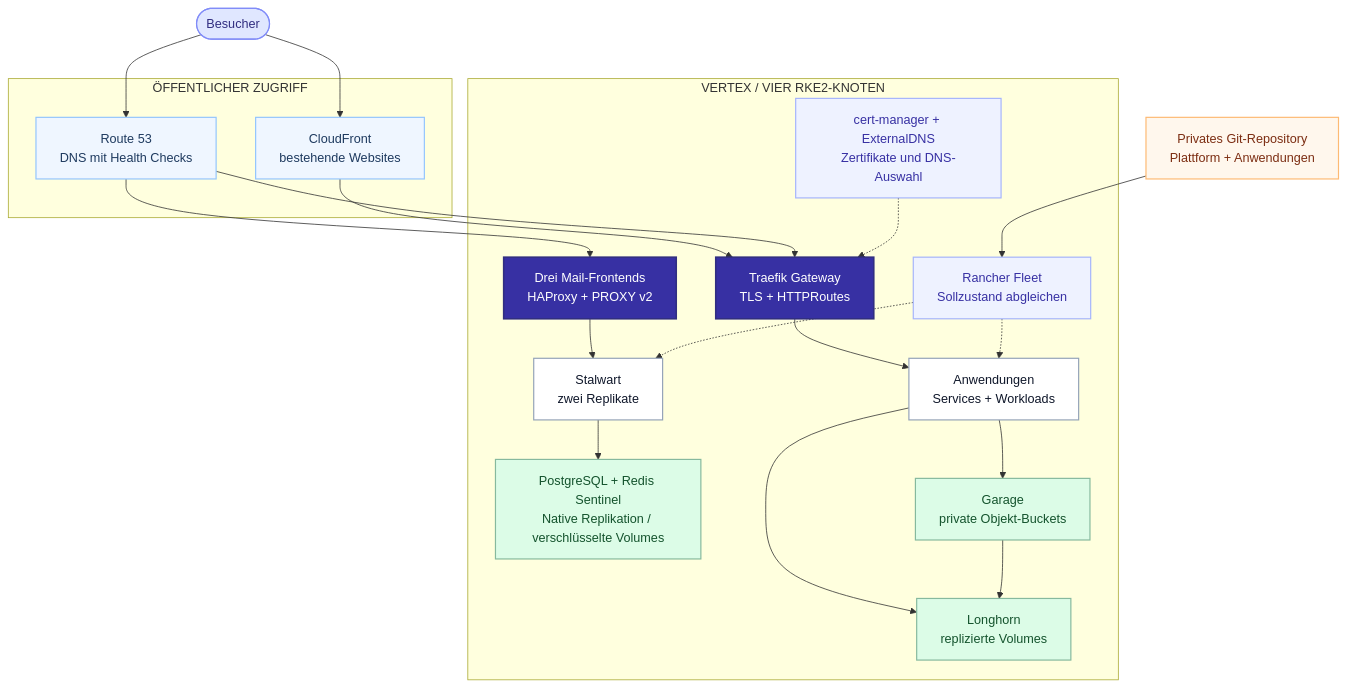
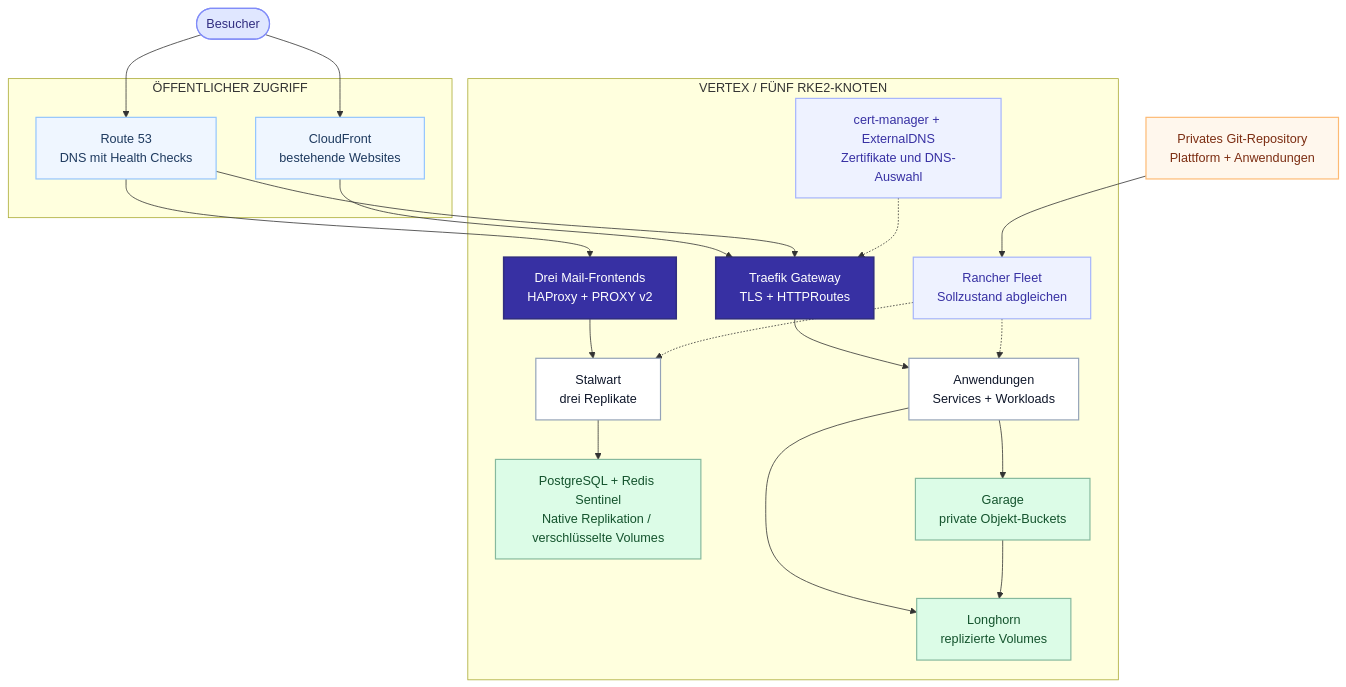
One commit to Paul1404/astro-portfolio changed the diagram in docs/diagrams/vertex/de-architecture.mmd. Above: the diagram before and after it, drawn with Mermaid. The commit also changed 52 other files, not shown here.

Commit message:
Explain the Stalwart mail cluster architecture and preserve legacy URLs

```diff
--- a/docs/diagrams/vertex/de-architecture.mmd
+++ b/docs/diagrams/vertex/de-architecture.mmd
@@ -1,36 +1,36 @@
 flowchart TB
   accTitle: Datenverkehr und Plattformarchitektur von Vertex
-  accDescr: Besucher erreichen das Traefik-Gateway direkt über Route 53 oder bei bestehenden Websites über CloudFront. HTTPRoutes leiten zu isolierten Anwendungsdiensten. Rancher Fleet gleicht den Sollzustand ab; cert-manager und ExternalDNS verwalten ausgewählte Zertifikate und DNS-Einträge. Longhorn stellt replizierten Speicher bereit, Garage S3-kompatible Buckets. Mail nutzt drei HAProxy-Frontends, zwei Stalwart-Replikate und nativ replizierte PostgreSQL- und Redis-Speicher.
+  accDescr: Besucher erreichen das Traefik-Gateway direkt über Route 53 oder bei bestehenden Websites über CloudFront. HTTPRoutes leiten zu isolierten Anwendungsdiensten. Rancher Fleet gleicht den Sollzustand ab; cert-manager und ExternalDNS verwalten ausgewählte Zertifikate und DNS-Einträge. Longhorn stellt replizierten Speicher bereit, Garage S3-kompatible Buckets. Mail nutzt drei HAProxy-Frontends, drei Stalwart-Replikate und nativ replizierte PostgreSQL- und Redis-Speicher.
   Visitor([Besucher]):::person
   subgraph edge["ÖFFENTLICHER ZUGRIFF"]
     DNS["Route 53<br/>DNS mit Health Checks"]:::cloud
     CDN["CloudFront<br/>bestehende Websites"]:::cloud
   end
-  subgraph cluster["VERTEX / VIER RKE2-KNOTEN"]
+  subgraph cluster["VERTEX / FÜNF RKE2-KNOTEN"]
     GW["Traefik Gateway<br/>TLS + HTTPRoutes"]:::gateway
     MailEdge["Drei Mail-Frontends<br/>HAProxy + PROXY v2"]:::gateway
-    Mail["Stalwart<br/>zwei Replikate"]:::workload
+    Mail["Stalwart<br/>drei Replikate"]:::workload
     MailDB["PostgreSQL + Redis Sentinel<br/>Native Replikation / verschlüsselte Volumes"]:::storage
     Apps["Anwendungen<br/>Services + Workloads"]:::workload
     Store["Longhorn<br/>replizierte Volumes"]:::storage
     Garage["Garage<br/>private Objekt-Buckets"]:::storage
     Fleet["Rancher Fleet<br/>Sollzustand abgleichen"]:::control
     Cert["cert-manager + ExternalDNS<br/>Zertifikate und DNS-Auswahl"]:::control
   end
   Git["Privates Git-Repository<br/>Plattform + Anwendungen"]:::source
   Visitor --> DNS
   Visitor --> CDN --> GW
   DNS --> GW --> Apps
   Git --> Fleet -.-> Apps
   Cert -.-> GW
   DNS --> MailEdge --> Mail --> MailDB
   Fleet -.-> Mail
   Apps --> Store
   Apps --> Garage --> Store
   classDef person fill:#e0e7ff,stroke:#818cf8,color:#312e81,stroke-width:1.5px
   classDef cloud fill:#eff6ff,stroke:#93c5fd,color:#1e3a5f,stroke-width:1.5px
   classDef gateway fill:#3730a3,stroke:#312e81,color:#ffffff,stroke-width:2px
   classDef workload fill:#ffffff,stroke:#94a3b8,color:#0f172a,stroke-width:1.5px
   classDef storage fill:#dcfce7,stroke:#86b99e,color:#14532d,stroke-width:1.5px
   classDef control fill:#eef2ff,stroke:#a5b4fc,color:#3730a3,stroke-width:1.5px
   classDef source fill:#fff7ed,stroke:#fdba74,color:#7c2d12,stroke-width:1.5px
```
